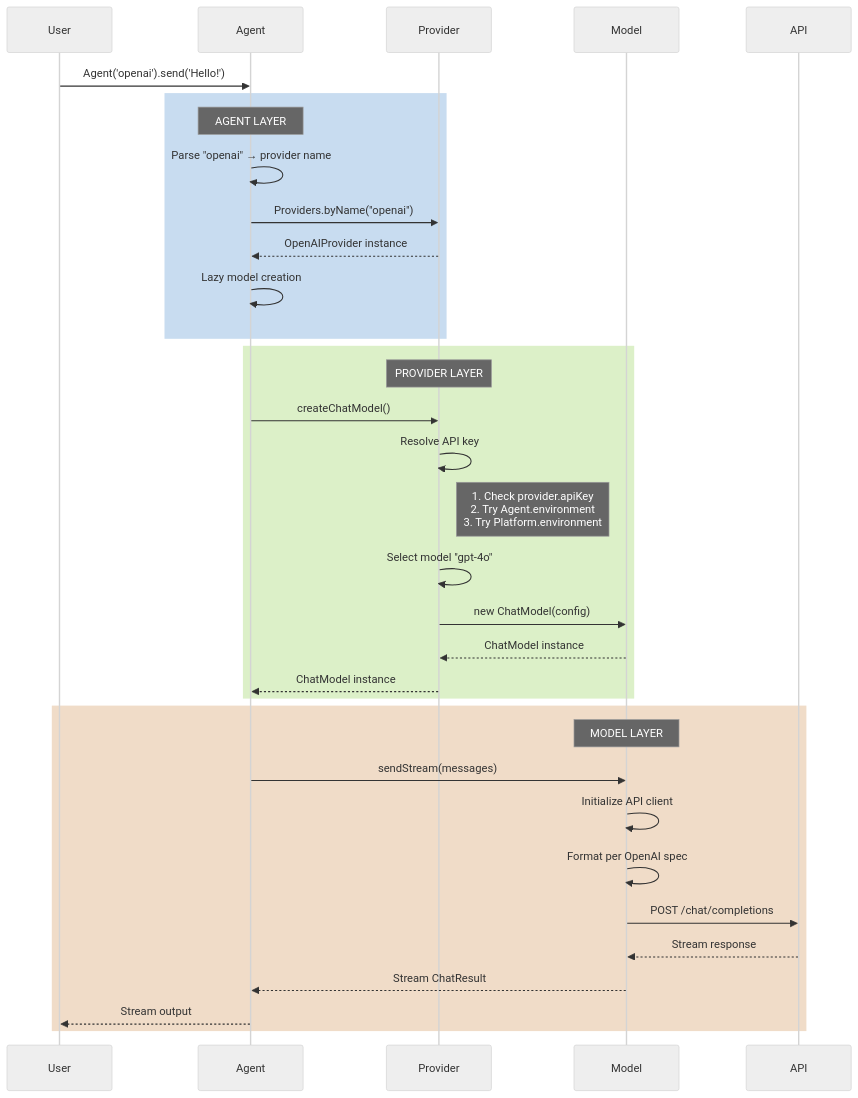
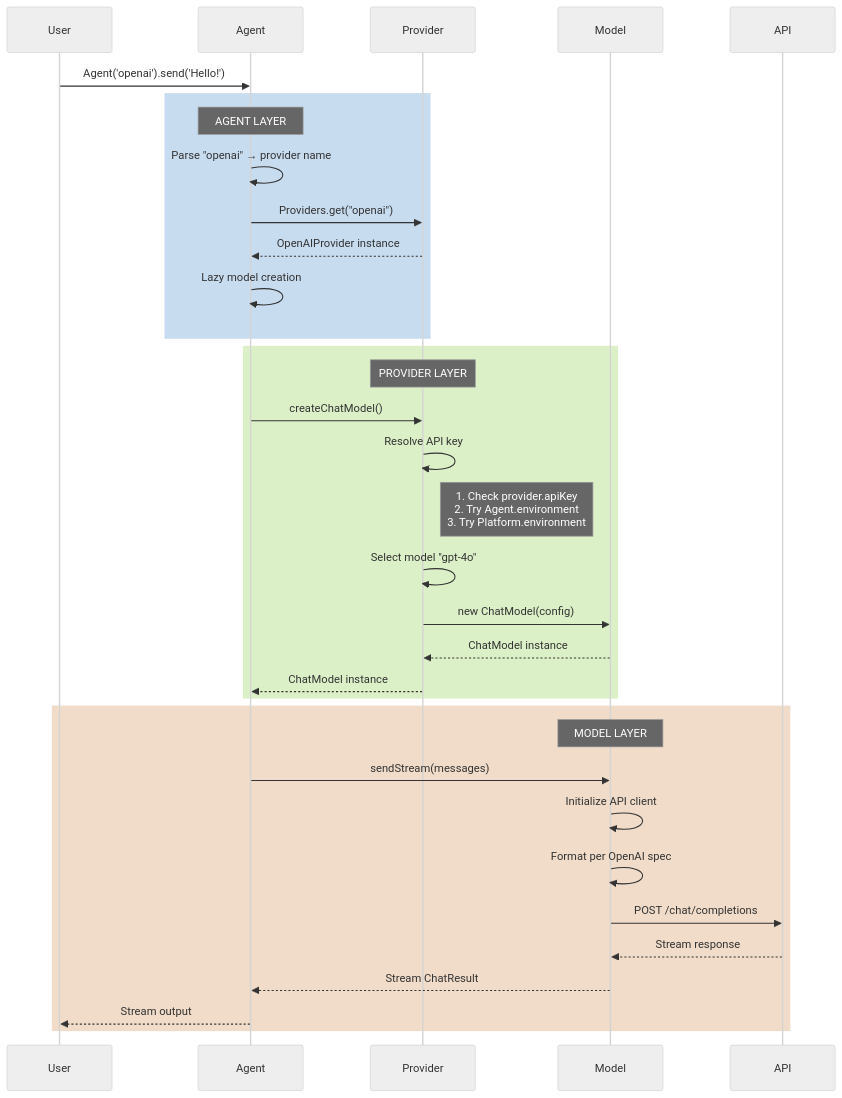
Before and after one commit to jtmuller5/dartantic_ai: the third of 3 diagrams in wiki/Unified-Provider-Architecture.md, drawn with Mermaid (neutral theme). The commit also changed other lines of this file and 25 other files, not shown here.

Commit message:
Refactor provider lookup method from `byName` to `get` across the codebase, updating related documentation and examples. Adjusted agent initialization to use message history instead of system prompts. Improved clarity in README and migration guide.

````diff
--- a/wiki/Unified-Provider-Architecture.md
+++ b/wiki/Unified-Provider-Architecture.md
@@ -140,40 +140,40 @@
 ```mermaid
 sequenceDiagram
     participant User
     participant Agent
     participant Provider
     participant Model
     participant API
     
     User->>Agent: Agent('openai').send('Hello!')
     
     rect rgb(200, 220, 240)
         note over Agent: AGENT LAYER
         Agent->>Agent: Parse "openai" → provider name
-        Agent->>Provider: Providers.byName("openai")
+        Agent->>Provider: Providers.get("openai")
         Provider-->>Agent: OpenAIProvider instance
         Agent->>Agent: Lazy model creation
     end
     
     rect rgb(220, 240, 200)
         note over Provider: PROVIDER LAYER
         Agent->>Provider: createChatModel()
         Provider->>Provider: Resolve API key
         note right of Provider: 1. Check provider.apiKey<br/>2. Try Agent.environment<br/>3. Try Platform.environment
         Provider->>Provider: Select model "gpt-4o"
         Provider->>Model: new ChatModel(config)
         Model-->>Provider: ChatModel instance
         Provider-->>Agent: ChatModel instance
     end
     
     rect rgb(240, 220, 200)
         note over Model: MODEL LAYER
         Agent->>Model: sendStream(messages)
         Model->>Model: Initialize API client
         Model->>Model: Format per OpenAI spec
         Model->>API: POST /chat/completions
         API-->>Model: Stream response
         Model-->>Agent: Stream ChatResult
         Agent-->>User: Stream output
     end
 ```
````
